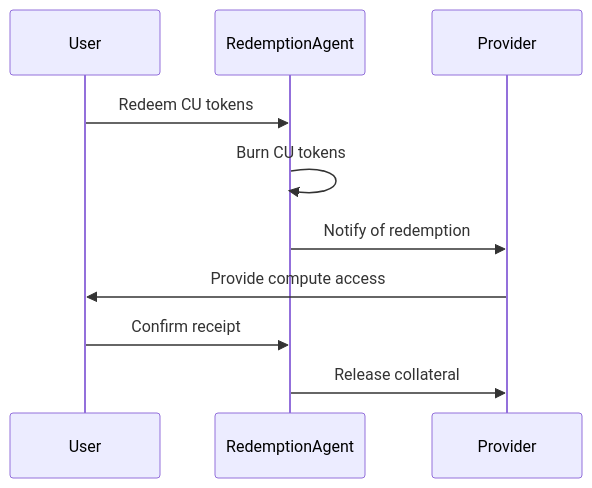
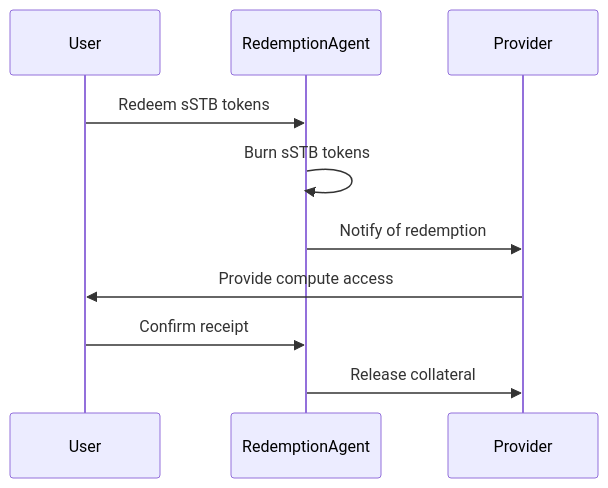
Before and after one commit to stab3l-admin/stab3l-docs: the second of 2 diagrams in content/docs/provider-guide.md, drawn with Mermaid. The commit also changed other lines of this file and 45 other files, not shown here.

````diff
--- a/content/docs/provider-guide.md
+++ b/content/docs/provider-guide.md
@@ -248,13 +270,13 @@
 ```mermaid
 sequenceDiagram
     participant User
     participant RedemptionAgent
     participant Provider
     
-    User->>RedemptionAgent: Redeem CU tokens
-    RedemptionAgent->>RedemptionAgent: Burn CU tokens
+    User->>RedemptionAgent: Redeem sSTB tokens
+    RedemptionAgent->>RedemptionAgent: Burn sSTB tokens
     RedemptionAgent->>Provider: Notify of redemption
     Provider->>User: Provide compute access
     User->>RedemptionAgent: Confirm receipt
     RedemptionAgent->>Provider: Release collateral
 ```
````
